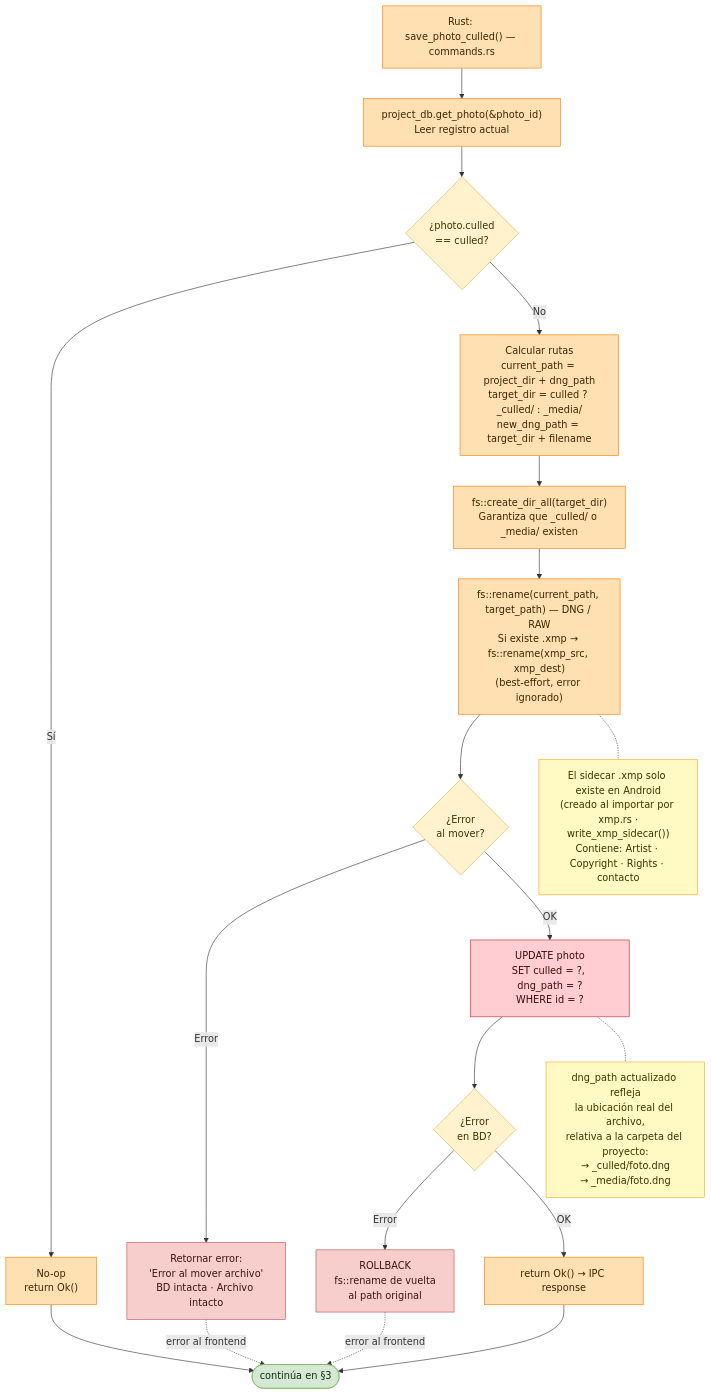
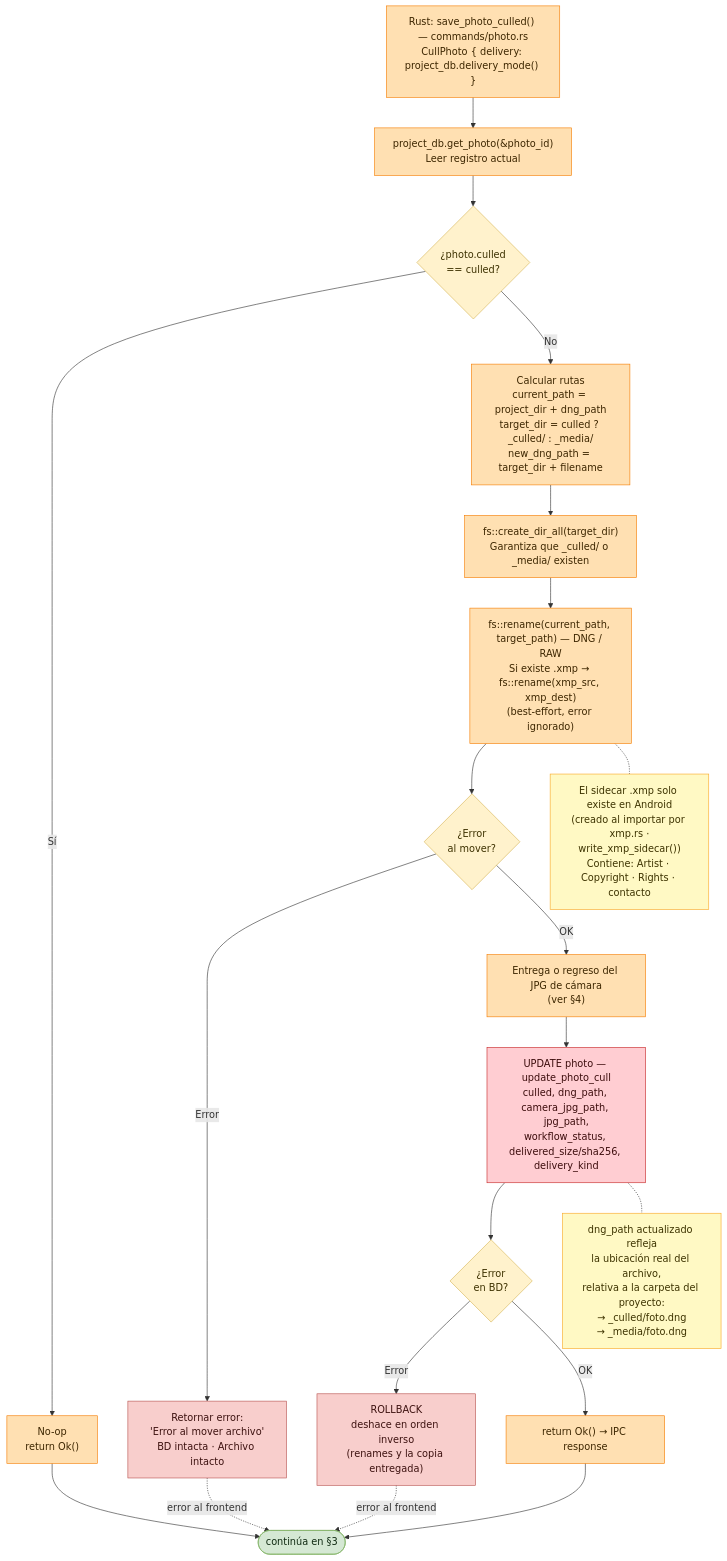
One commit to everitosan/lumik changed the third of 5 diagrams in docs/useCases/flujo-culling.md. Above: the diagram before and after it, drawn with Mermaid. The commit also changed other lines of this file and 75 other files, not shown here.

First line of the commit message:
feat(desktop): pares RAW+JPEG y entrega del JPG de cámara

````diff
--- a/docs/useCases/flujo-culling.md
+++ b/docs/useCases/flujo-culling.md
@@ -57,45 +64,46 @@
 ```mermaid
 flowchart TD
-    be["Rust: save_photo_culled() — commands.rs"]
+    be["Rust: save_photo_culled() — commands/photo.rs<br/>CullPhoto { delivery: project_db.delivery_mode() }"]
     get_photo["project_db.get_photo(&photo_id)<br/>Leer registro actual"]
     noop_q{"¿photo.culled<br/>== culled?"}
     noop_ok["No-op<br/>return Ok()"]
     paths["Calcular rutas<br/>current_path = project_dir + dng_path<br/>target_dir = culled ? _culled/ : _media/<br/>new_dng_path = target_dir + filename"]
     mkdir["fs::create_dir_all(target_dir)<br/>Garantiza que _culled/ o _media/ existen"]
     move["fs::rename(current_path, target_path) — DNG / RAW<br/>Si existe .xmp → fs::rename(xmp_src, xmp_dest)<br/>(best-effort, error ignorado)"]
     move_q{"¿Error<br/>al mover?"}
     move_err["Retornar error:<br/>'Error al mover archivo'<br/>BD intacta · Archivo intacto"]
-    db_update["UPDATE photo<br/>SET culled = ?, dng_path = ?<br/>WHERE id = ?"]
+    deliver["Entrega o regreso del JPG de cámara<br/>(ver §4)"]
+    db_update["UPDATE photo — update_photo_cull<br/>culled, dng_path, camera_jpg_path, jpg_path,<br/>workflow_status, delivered_size/sha256, delivery_kind"]
     db_q{"¿Error<br/>en BD?"}
-    rollback["ROLLBACK<br/>fs::rename de vuelta<br/>al path original"]
+    rollback["ROLLBACK<br/>deshace en orden inverso<br/>(renames y la copia entregada)"]
     ok["return Ok() → IPC response"]
     next(["continúa en §3"])
 
     n_xmp["El sidecar .xmp solo existe en Android<br/>(creado al importar por xmp.rs ·<br/>write_xmp_sidecar())<br/>Contiene: Artist · Copyright · Rights · contacto"]
     n_path["dng_path actualizado refleja<br/>la ubicación real del archivo,<br/>relativa a la carpeta del proyecto:<br/>→ _culled/foto.dng<br/>→ _media/foto.dng"]
 
     be --> get_photo --> noop_q
     noop_q -->|Sí| noop_ok --> next
     noop_q -->|No| paths --> mkdir --> move --> move_q
     move_q -->|Error| move_err
-    move_q -->|OK| db_update --> db_q
+    move_q -->|OK| deliver --> db_update --> db_q
     db_q -->|Error| rollback
     db_q -->|OK| ok --> next
     move_err -.->|error al frontend| next
     rollback -.->|error al frontend| next
     move -.- n_xmp
     db_update -.- n_path
 
     classDef term fill:#d5e8d4,stroke:#82b366,color:#102a12
     classDef be fill:#ffe0b2,stroke:#f57c00,color:#3d2600
     classDef db fill:#ffcdd2,stroke:#c62828,color:#3d0d0d
     classDef dec fill:#fff2cc,stroke:#d6b656,color:#3d3100
     classDef err fill:#f8cecc,stroke:#b85450,color:#3d1210
     classDef note fill:#fff9c4,stroke:#f9a825,color:#3d3300
     class next term
-    class be,get_photo,noop_ok,paths,mkdir,move,ok be
+    class be,get_photo,noop_ok,paths,mkdir,move,deliver,ok be
     class db_update db
     class noop_q,move_q,db_q dec
     class move_err,rollback err
     class n_xmp,n_path note
 ```
````
